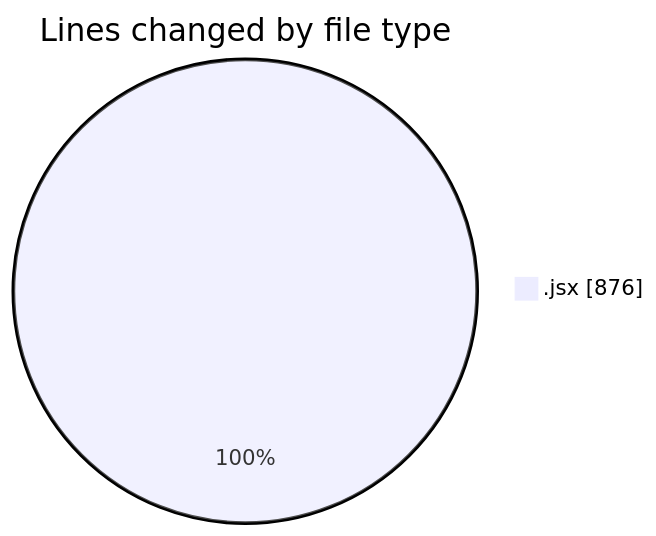
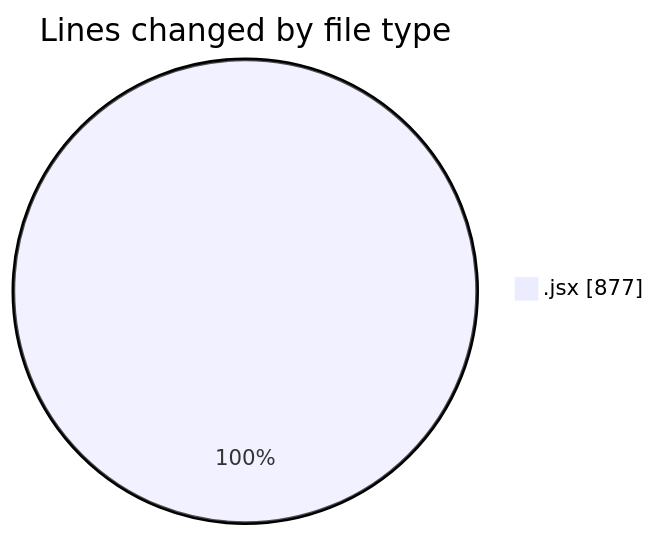
One commit to nxtqubesakshisongat/code-tracking changed the first of 2 diagrams in 2025-07-08/argos/README.md. Above: the diagram before and after it, drawn with Mermaid. The commit also changed other lines of this file and 1 other file, not shown here.

````diff
--- a/2025-07-08/argos/README.md
+++ b/2025-07-08/argos/README.md
@@ -20,5 +20,5 @@
 ```mermaid
 pie showData
 title Lines changed by file type
-".jsx" : 876
+".jsx" : 877
 ```
````
